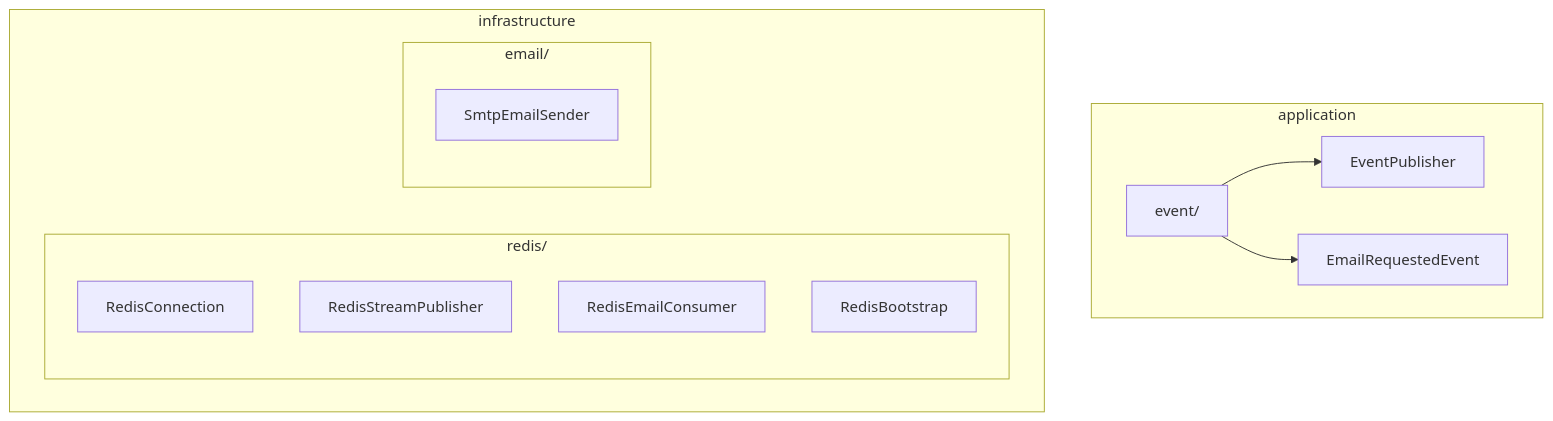
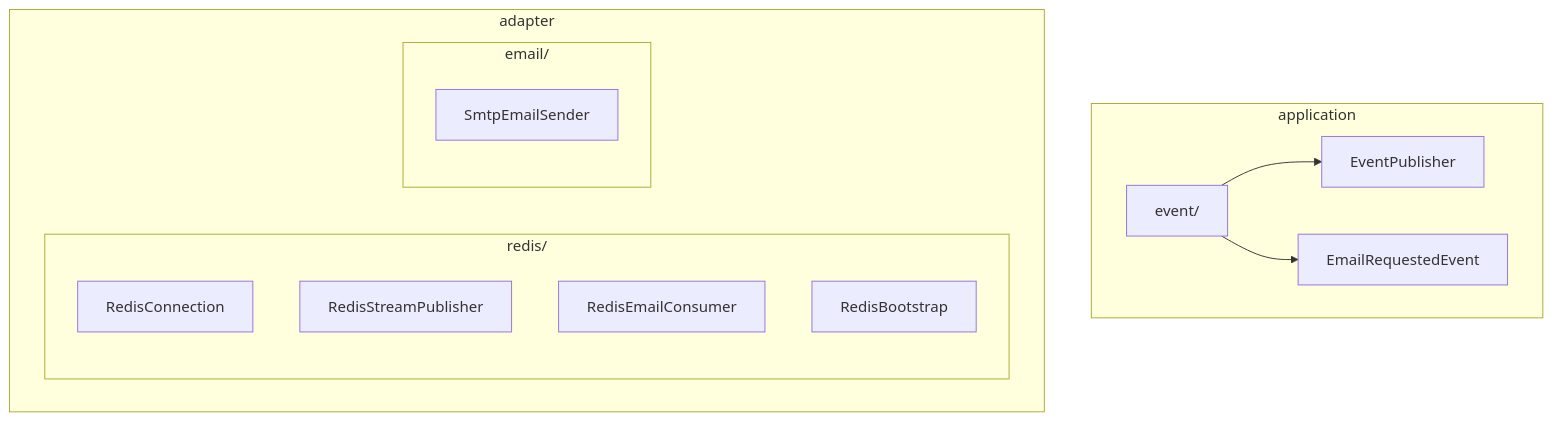
The second of 2 diagrams in docs/ADR/ADR-002-Redis-Streams.md (1ChristianAlex/motordesk), drawn with Mermaid before and after one commit. The commit also changed other lines of this file and 278 other files, not shown here.

````diff
--- a/docs/ADR/ADR-002-Redis-Streams.md
+++ b/docs/ADR/ADR-002-Redis-Streams.md
@@ -49,23 +49,23 @@
 ```mermaid
 flowchart TB
     subgraph Application["application"]
         EventDir["event/"]
         EventPublisher["EventPublisher"]
         EmailRequestedEvent["EmailRequestedEvent"]
         EventDir --> EventPublisher
         EventDir --> EmailRequestedEvent
     end
 
-    subgraph Infrastructure["infrastructure"]
+    subgraph Infrastructure["adapter"]
         subgraph Redis["redis/"]
             RedisConnection["RedisConnection"]
             RedisStreamPublisher["RedisStreamPublisher"]
             RedisEmailConsumer["RedisEmailConsumer"]
             RedisBootstrap["RedisBootstrap"]
         end
 
         subgraph Email["email/"]
             SmtpEmailSender["SmtpEmailSender"]
         end
     end
 ```
````
